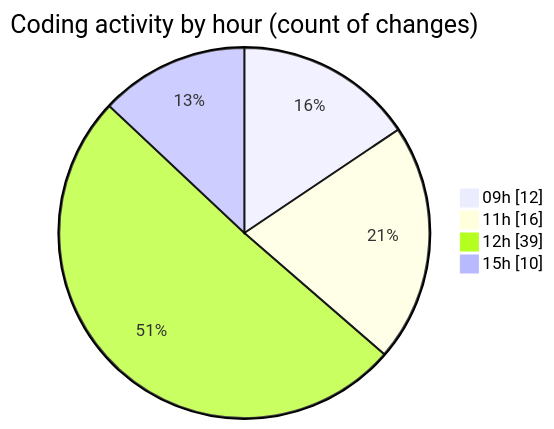
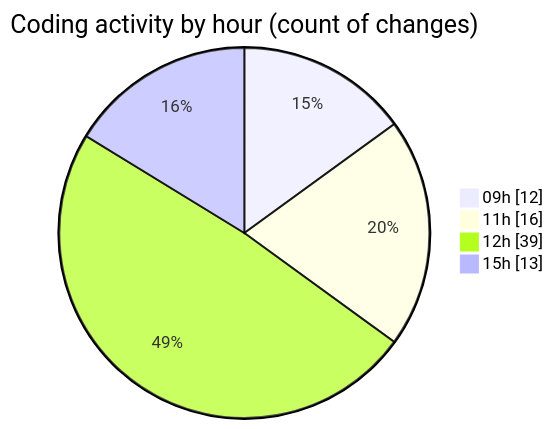
Before and after one commit to robertbonfada/code-tracking: the second of 2 diagrams in 2025-02-20/mbc-web/README.md, drawn with Mermaid. The commit also changed other lines of this file and 1 other file, not shown here.

````diff
--- a/2025-02-20/mbc-web/README.md
+++ b/2025-02-20/mbc-web/README.md
@@ -55,8 +56,8 @@
 ```mermaid
 pie showData
 title Coding activity by hour (count of changes)
 "09h" : 12
 "11h" : 16
 "12h" : 39
-"15h" : 10
+"15h" : 13
 ```
````
